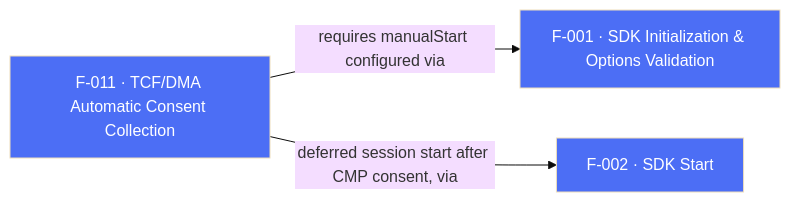
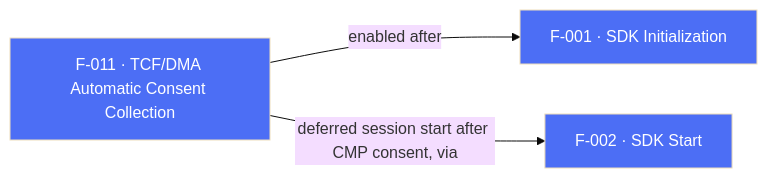
One commit to AppsFlyerSDK/appsflyer-flutter-plugin changed the diagram in internal-docs/features/F-011-tcf-dma-automatic-consent-collection.md. Above: the diagram before and after it, drawn with Mermaid (base theme). The commit also changed other lines of this file and 199 other files, not shown here.

````diff
--- a/internal-docs/features/F-011-tcf-dma-automatic-consent-collection.md
+++ b/internal-docs/features/F-011-tcf-dma-automatic-consent-collection.md
@@ -66,6 +68,6 @@
 ```mermaid
 flowchart LR
-    F011["F-011 · TCF/DMA Automatic Consent Collection"]:::sdkCore -->|"requires manualStart configured via"| F001["F-001 · SDK Initialization & Options Validation"]:::sdkCore
+    F011["F-011 · TCF/DMA Automatic Consent Collection"]:::sdkCore -->|"enabled after"| F001["F-001 · SDK Initialization"]:::sdkCore
     F011 -->|"deferred session start after CMP consent, via"| F002["F-002 · SDK Start"]:::sdkCore
     classDef sdkCore fill:#4C6EF5,color:#fff
 ```
````
